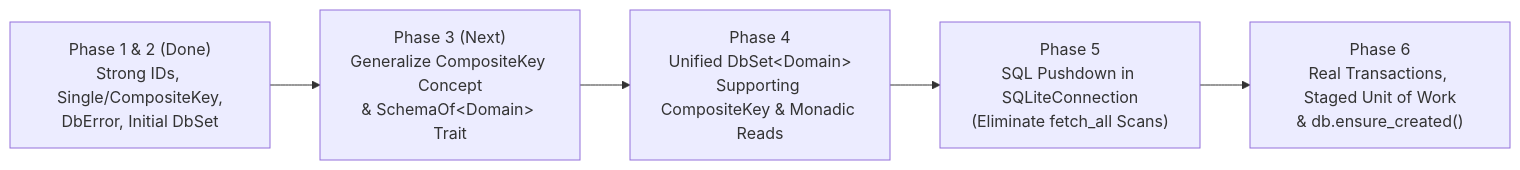
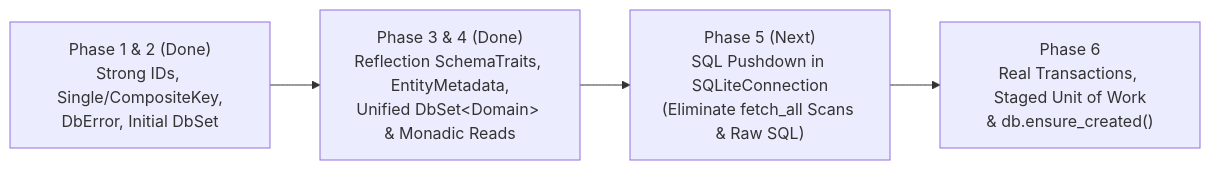
Before and after one commit to mythrz/CodeFirstCppDB_sqlgen: the third of 3 diagrams in readme4.md, drawn with Mermaid. The commit also changed other lines of this file, not shown here.

Commit message:
phase 5 prep. improve overall sql queries

````diff
--- a/readme4.md
+++ b/readme4.md
@@ -473,7 +442,6 @@
 ```mermaid
 flowchart LR
-    P1["Phase 1 & 2 (Done)<br/>Strong IDs, Single/CompositeKey,<br/>DbError, Initial DbSet"] --> P3["Phase 3 (Next)<br/>Generalize CompositeKey Concept<br/>& SchemaOf&lt;Domain&gt; Trait"]
-    P3 --> P4["Phase 4<br/>Unified DbSet&lt;Domain&gt;<br/>Supporting CompositeKey &amp; Monadic Reads"]
-    P4 --> P5["Phase 5<br/>SQL Pushdown in SQLiteConnection<br/>(Eliminate fetch_all Scans)"]
+    P12["Phase 1 & 2 (Done)<br/>Strong IDs, Single/CompositeKey,<br/>DbError, Initial DbSet"] --> P34["Phase 3 & 4 (Done)<br/>Reflection SchemaTraits, EntityMetadata,<br/>Unified DbSet&lt;Domain&gt; &amp; Monadic Reads"]
+    P34 --> P5["Phase 5 (Next)<br/>SQL Pushdown in SQLiteConnection<br/>(Eliminate fetch_all Scans &amp; Raw SQL)"]
     P5 --> P6["Phase 6<br/>Real Transactions, Staged Unit of Work<br/>&amp; db.ensure_created()"]
 ```
````
